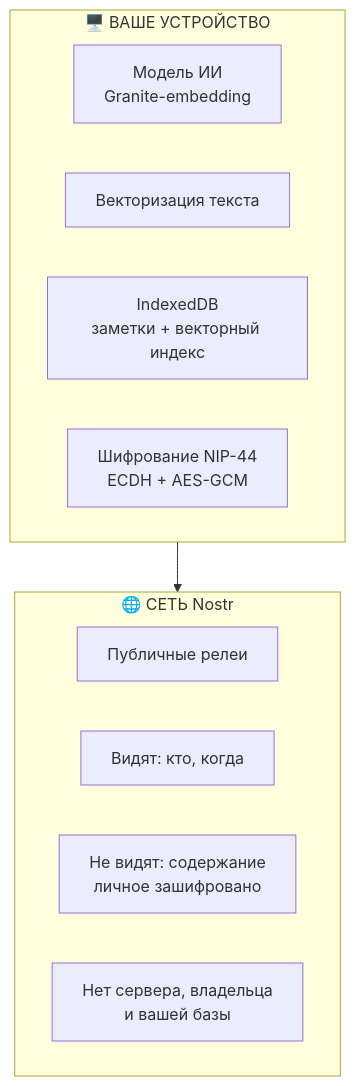
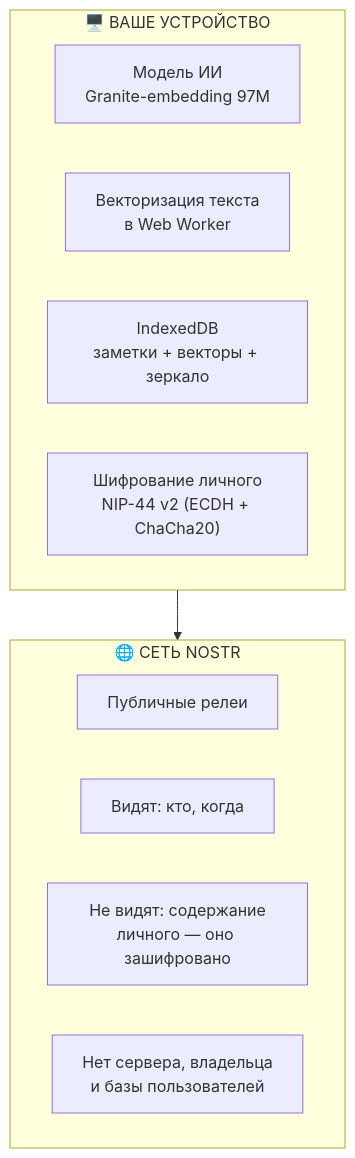
Before and after one commit to TonySmol/NOOmium: the second of 2 diagrams in README.md, drawn with Mermaid. The commit also changed other lines of this file, not shown here.

````diff
--- a/README.md
+++ b/README.md
@@ -68,18 +127,18 @@
 ```mermaid
 flowchart TB
     subgraph Device["🖥️ ВАШЕ УСТРОЙСТВО"]
-        A[Модель ИИ<br> Granite-embedding]
-        B[Векторизация текста]
-        C[IndexedDB<br>заметки + векторный индекс]
-        D[Шифрование NIP-44<br>ECDH + AES-GCM]
+        A["Модель ИИ<br>Granite-embedding 97M"]
+        B["Векторизация текста<br>в Web Worker"]
+        C["IndexedDB<br>заметки + векторы + зеркало"]
+        D["Шифрование личного<br>NIP-44 v2 (ECDH + ChaCha20)"]
     end
 
-    subgraph Network["🌐 СЕТЬ Nostr"]
-        E[Публичные релеи]
+    subgraph Network["🌐 СЕТЬ NOSTR"]
+        E["Публичные релеи"]
         F["Видят: кто, когда"]
-        G["Не видят: содержание<br>личное зашифровано"]
-        H["Нет сервера, владельца<br>и вашей базы"]
+        G["Не видят: содержание<br>личного — оно зашифровано"]
+        H["Нет сервера, владельца<br>и базы пользователей"]
     end
 
     Device --> Network
 ```
````
